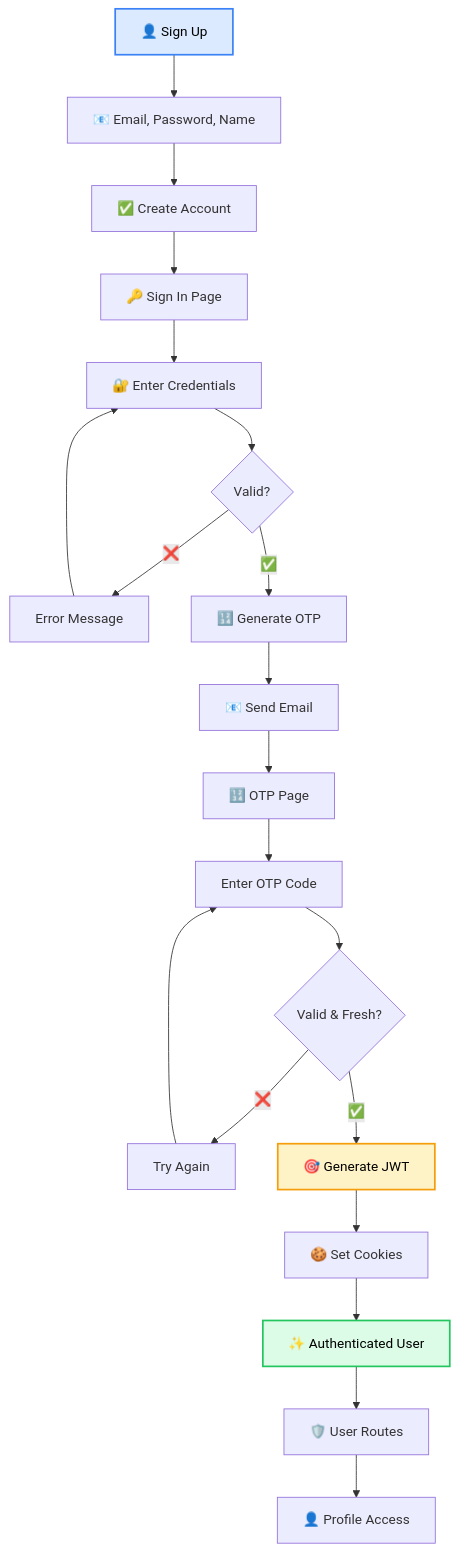
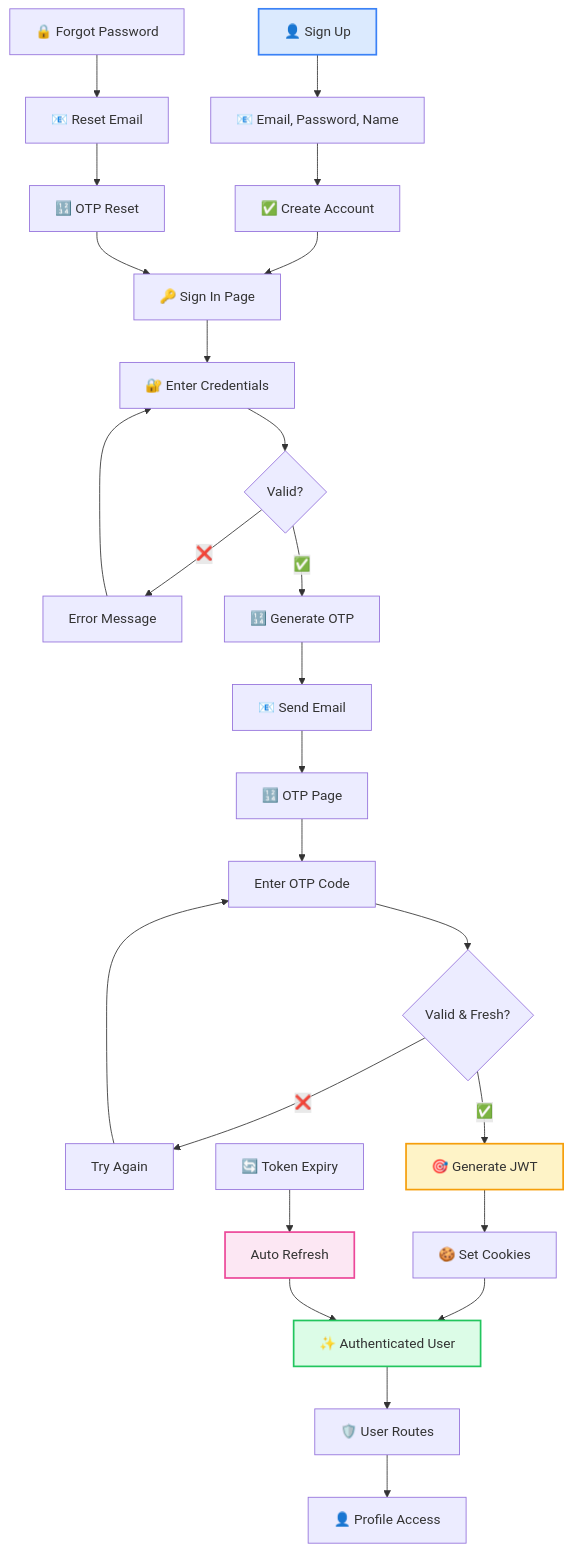
One commit to sinanptm/full-stack-template changed the first of 4 diagrams in README.md. Above: the diagram before and after it, drawn with Mermaid. The commit also changed other lines of this file, not shown here.

````diff
--- a/README.md
+++ b/README.md
@@ -30,29 +30,37 @@
 ```mermaid
 graph TB
-    A[👤 Sign Up] --> B[📧 Email, Password, Name]
-    B --> C[✅ Create Account]
-    C --> D[🔑 Sign In Page]
+    A["👤 Sign Up"] --> B["📧 Email, Password, Name"]
+    B --> C["✅ Create Account"]
+    C --> D["🔑 Sign In Page"]
     
-    D --> E[🔐 Enter Credentials]
-    E --> F{Valid?}
-    F -->|❌| G[Error Message]
+    D --> E["🔐 Enter Credentials"]
+    E --> F{"Valid?"}
+    F -->|"❌"| G["Error Message"]
     G --> E
-    F -->|✅| H[🔢 Generate OTP]
-    H --> I[📧 Send Email]
-    I --> J[🔢 OTP Page]
+    F -->|"✅"| H["🔢 Generate OTP"]
+    H --> I["📧 Send Email"]
+    I --> J["🔢 OTP Page"]
     
-    J --> K[Enter OTP Code]
-    K --> L{Valid & Fresh?}
-    L -->|❌| M[Try Again]
+    J --> K["Enter OTP Code"]
+    K --> L{"Valid & Fresh?"}
+    L -->|"❌"| M["Try Again"]
     M --> K
-    L -->|✅| N[🎯 Generate JWT]
-    N --> O[🍪 Set Cookies]
-    O --> P[✨ Authenticated User]
+    L -->|"✅"| N["🎯 Generate JWT"]
+    N --> O["🍪 Set Cookies"]
+    O --> P["✨ Authenticated User"]
     
-    P --> Q[🛡️ User Routes]
-    Q --> R[👤 Profile Access]
+    P --> Q["🛡️ User Routes"]
+    Q --> R["👤 Profile Access"]
     
-    style A fill:#dbeafe,stroke:#3b82f6,stroke-width:2px,color:#000000
-    style P fill:#dcfce7,stroke:#22c55e,stroke-width:2px,color:#000000
-    style N fill:#fef3c7,stroke:#f59e0b,stroke-width:2px,color:#000000
+    S["🔄 Token Expiry"] --> T["Auto Refresh"]
+    T --> P
+    
+    U["🔒 Forgot Password"] --> V["📧 Reset Email"]
+    V --> W["🔢 OTP Reset"]
+    W --> D
+    
+    style A fill:#dbeafe,stroke:#3b82f6,stroke-width:2px
+    style P fill:#dcfce7,stroke:#22c55e,stroke-width:2px
+    style N fill:#fef3c7,stroke:#f59e0b,stroke-width:2px
+    style T fill:#fce7f3,stroke:#ec4899,stroke-width:2px
 ```
````
